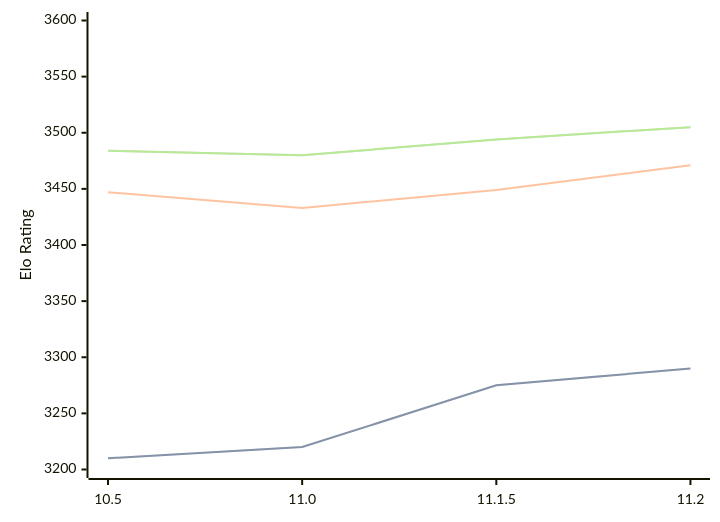
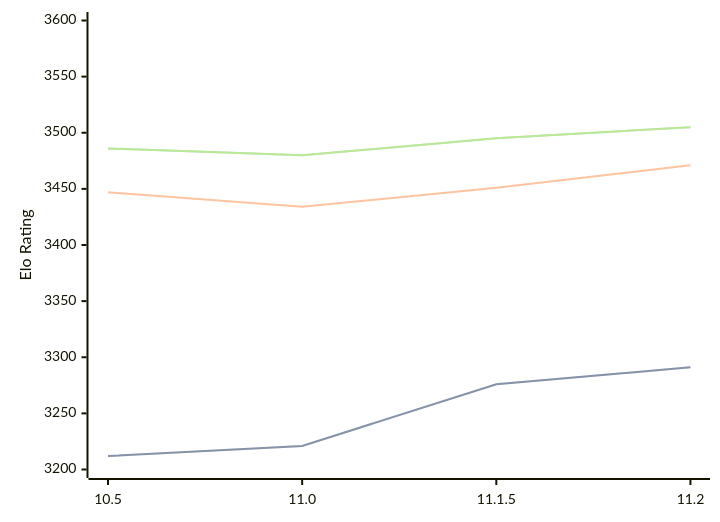
Before and after one commit to computer-chess-index/cci: the diagram in engines/Lizard.md, drawn with Mermaid. The commit also changed other lines of this file, not shown here.

Commit message:
Update CCI Ratings (ELO VLTC) - 2026-08-05

````diff
--- a/engines/Lizard.md
+++ b/engines/Lizard.md
@@ -46,11 +46,11 @@
 ```mermaid
 %%{init: {"theme":"base","themeVariables":{"seriesColors:['#a3a3a3','#222221','#faa371']}}}%%
 xychart-beta
   x-axis ["10.5", "11.0", "11.1.5", "11.2"]
   y-axis "Elo Rating" 3200 --> 3600
-  line "STC (8.0+0.08s)" [3210, 3220, 3275, 3290]
-  line "STC (8.0+0.08s)" [3210, 3220, 3275, 3290]
-  line "LTC (60.0+0.60s)" [3447, 3433, 3449, 3471]
-  line "VLTC (2m24s+1.12s)" [3484, 3480, 3494, 3505]
-  line "VLTC (2m24s+1.12s)" [3484, 3480, 3494, 3505]
+  line "STC (8.0+0.08s)" [3212, 3221, 3276, 3291]
+  line "STC (8.0+0.08s)" [3212, 3221, 3276, 3291]
+  line "LTC (60.0+0.60s)" [3447, 3434, 3451, 3471]
+  line "VLTC (2m24s+1.12s)" [3486, 3480, 3495, 3505]
+  line "VLTC (2m24s+1.12s)" [3486, 3480, 3495, 3505]
 ```
````
